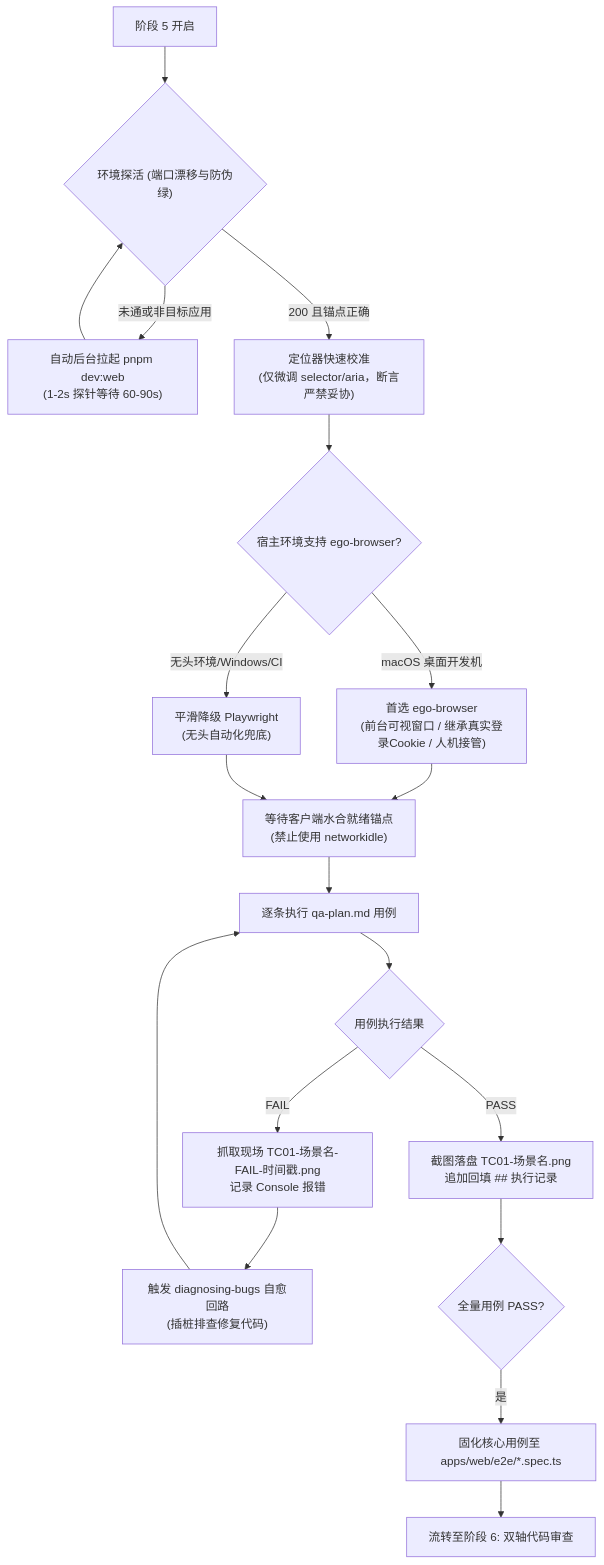
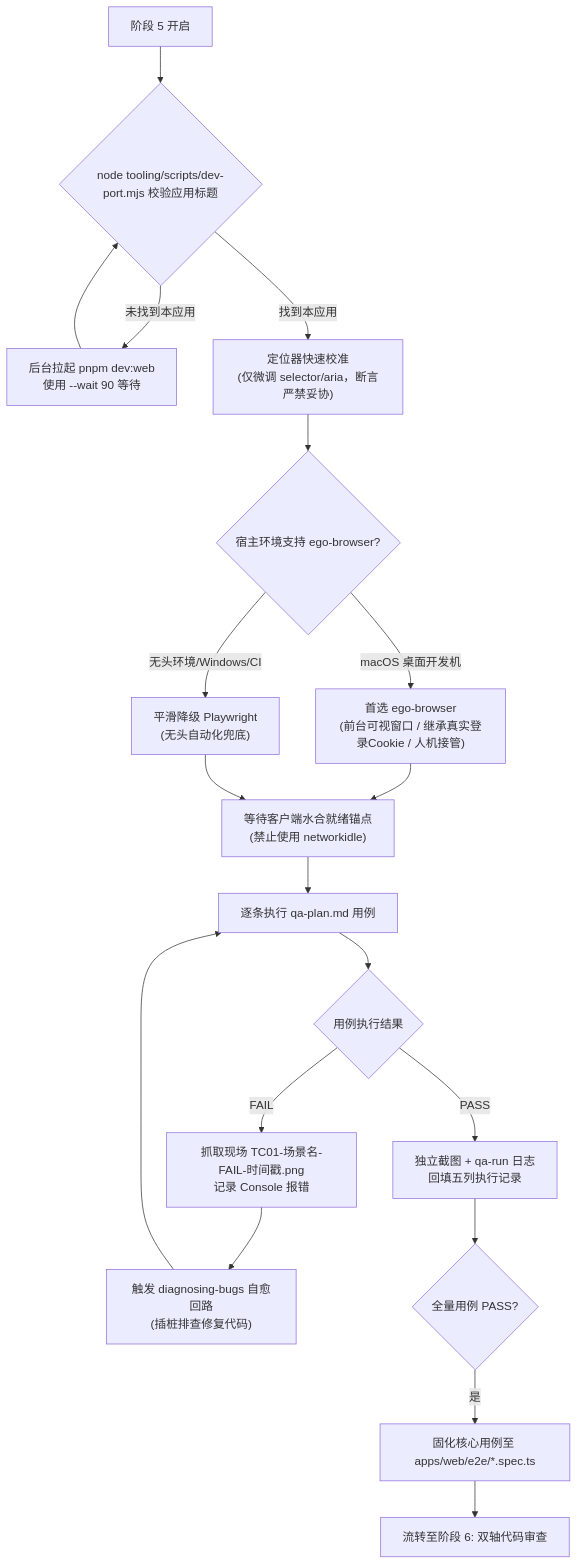
Before and after one commit to wxy-hh/ai-aggregation: the seventh of 11 diagrams in docs/agents/qa-workflow-guide.md, drawn with Mermaid. The commit also changed other lines of this file and 27 other files, not shown here.

````diff
--- a/docs/agents/qa-workflow-guide.md
+++ b/docs/agents/qa-workflow-guide.md
@@ -686,25 +686,25 @@
 ```mermaid
 flowchart TD
-    Start[阶段 5 开启] --> PreCheck{"环境探活 (端口漂移与防伪绿)"}
-    PreCheck -->|未通或非目标应用| AutoStart["自动后台拉起 pnpm dev:web<br>(1-2s 探针等待 60-90s)"]
+    Start[阶段 5 开启] --> PreCheck{"node tooling/scripts/dev-port.mjs 校验应用标题"}
+    PreCheck -->|未找到本应用| AutoStart["后台拉起 pnpm dev:web<br>使用 --wait 90 等待"]
     AutoStart --> PreCheck
-    PreCheck -->|200 且锚点正确| LocatorCalib["定位器快速校准<br>(仅微调 selector/aria，断言严禁妥协)"]
+    PreCheck -->|找到本应用| LocatorCalib["定位器快速校准<br>(仅微调 selector/aria，断言严禁妥协)"]
     
     LocatorCalib --> ToolSelect{"宿主环境支持 ego-browser?"}
     ToolSelect -->|macOS 桌面开发机| Ego["首选 ego-browser<br>(前台可视窗口 / 继承真实登录Cookie / 人机接管)"]
     ToolSelect -->|无头环境/Windows/CI| Pw["平滑降级 Playwright<br>(无头自动化兜底)"]
     
     Ego & Pw --> Anchor["等待客户端水合就绪锚点<br>(禁止使用 networkidle)"]
     Anchor --> ExecTC["逐条执行 qa-plan.md 用例"]
     
     ExecTC --> CheckResult{用例执行结果}
-    CheckResult -->|PASS| RecordPass["截图落盘 TC01-场景名.png<br>追加回填 ## 执行记录"]
+    CheckResult -->|PASS| RecordPass["独立截图 + qa-run 日志<br>回填五列执行记录"]
     CheckResult -->|FAIL| RecordFail["抓取现场 TC01-场景名-FAIL-时间戳.png<br>记录 Console 报错"]
     
     RecordFail --> Remediation["触发 diagnosing-bugs 自愈回路<br>(插桩排查修复代码)"]
     Remediation --> ExecTC
     
     RecordPass --> AllDone{全量用例 PASS?}
     AllDone -->|是| Solidify["固化核心用例至 apps/web/e2e/*.spec.ts"]
     Solidify --> Phase6[流转至阶段 6: 双轴代码审查]
 ```
````
